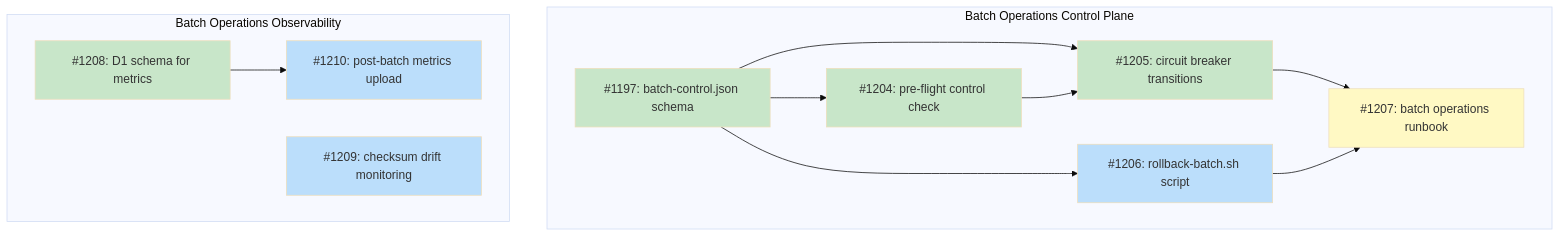
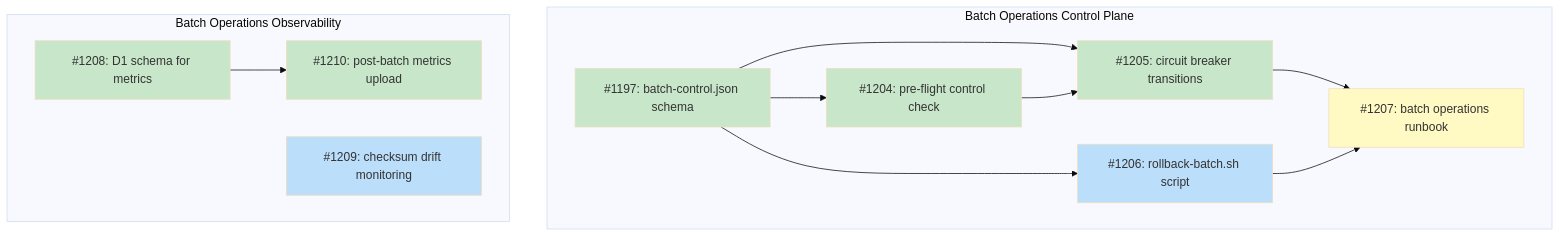
One commit to tsukumogami/tsuku changed the diagram in docs/designs/DESIGN-batch-operations.md. Above: the diagram before and after it, drawn with Mermaid (base theme). The commit also changed other lines of this file and 6 other files, not shown here.

````diff
--- a/docs/designs/DESIGN-batch-operations.md
+++ b/docs/designs/DESIGN-batch-operations.md
@@ -36,35 +36,34 @@
 ```mermaid
 graph TD
     subgraph ControlPlane["Batch Operations Control Plane"]
         I1197["#1197: batch-control.json schema"]
         I1204["#1204: pre-flight control check"]
         I1205["#1205: circuit breaker transitions"]
         I1206["#1206: rollback-batch.sh script"]
         I1207["#1207: batch operations runbook"]
     end
 
     subgraph Observability["Batch Operations Observability"]
         I1208["#1208: D1 schema for metrics"]
         I1209["#1209: checksum drift monitoring"]
         I1210["#1210: post-batch metrics upload"]
     end
 
     I1197 --> I1204
     I1197 --> I1205
     I1197 --> I1206
     I1204 --> I1205
     I1205 --> I1207
     I1206 --> I1207
     I1208 --> I1210
 
     classDef done fill:#c8e6c9
     classDef ready fill:#bbdefb
     classDef blocked fill:#fff9c4
     classDef needsDesign fill:#e1bee7
 
-    class I1197,I1204,I1205,I1208 done
+    class I1197,I1204,I1205,I1208,I1210 done
     class I1209 ready
     class I1206 ready
-    class I1210 ready
     class I1207 blocked
 ```
````
